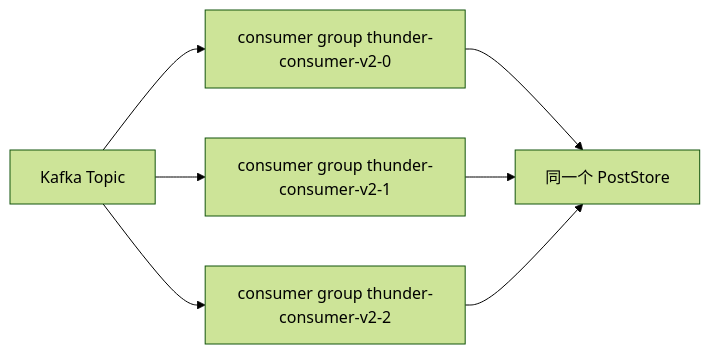
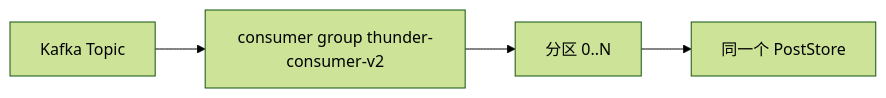
The third of 5 diagrams in docs/thunder/02-kafka-ingestion.md (freefcw/x-algorithm), drawn with Mermaid (forest theme) before and after one commit. The commit also changed other lines of this file and 7 other files, not shown here.

````diff
--- a/docs/thunder/02-kafka-ingestion.md
+++ b/docs/thunder/02-kafka-ingestion.md
@@ -52,9 +46,6 @@
 ```mermaid
 flowchart LR
-    T[Kafka Topic] --> G0[consumer group thunder-consumer-v2-0]
-    T --> G1[consumer group thunder-consumer-v2-1]
-    T --> G2[consumer group thunder-consumer-v2-2]
-    G0 --> S[同一个 PostStore]
-    G1 --> S
-    G2 --> S
+    T[Kafka Topic] --> G[consumer group thunder-consumer-v2]
+    G --> P0[分区 0..N]
+    P0 --> S[同一个 PostStore]
 ```
````
